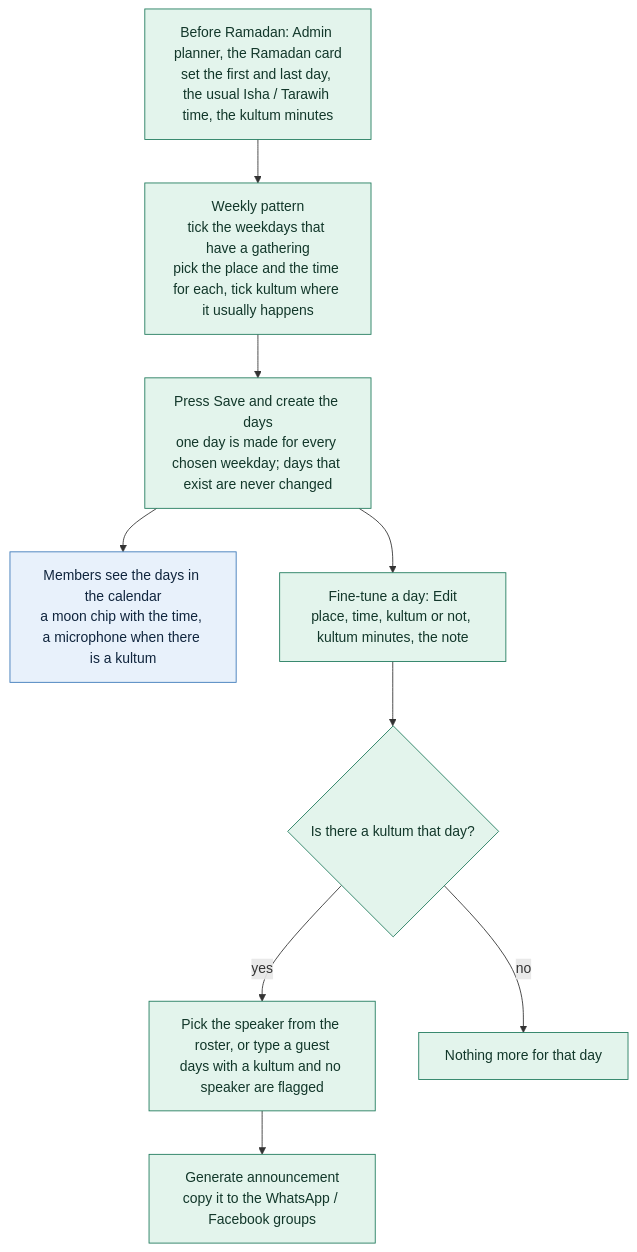
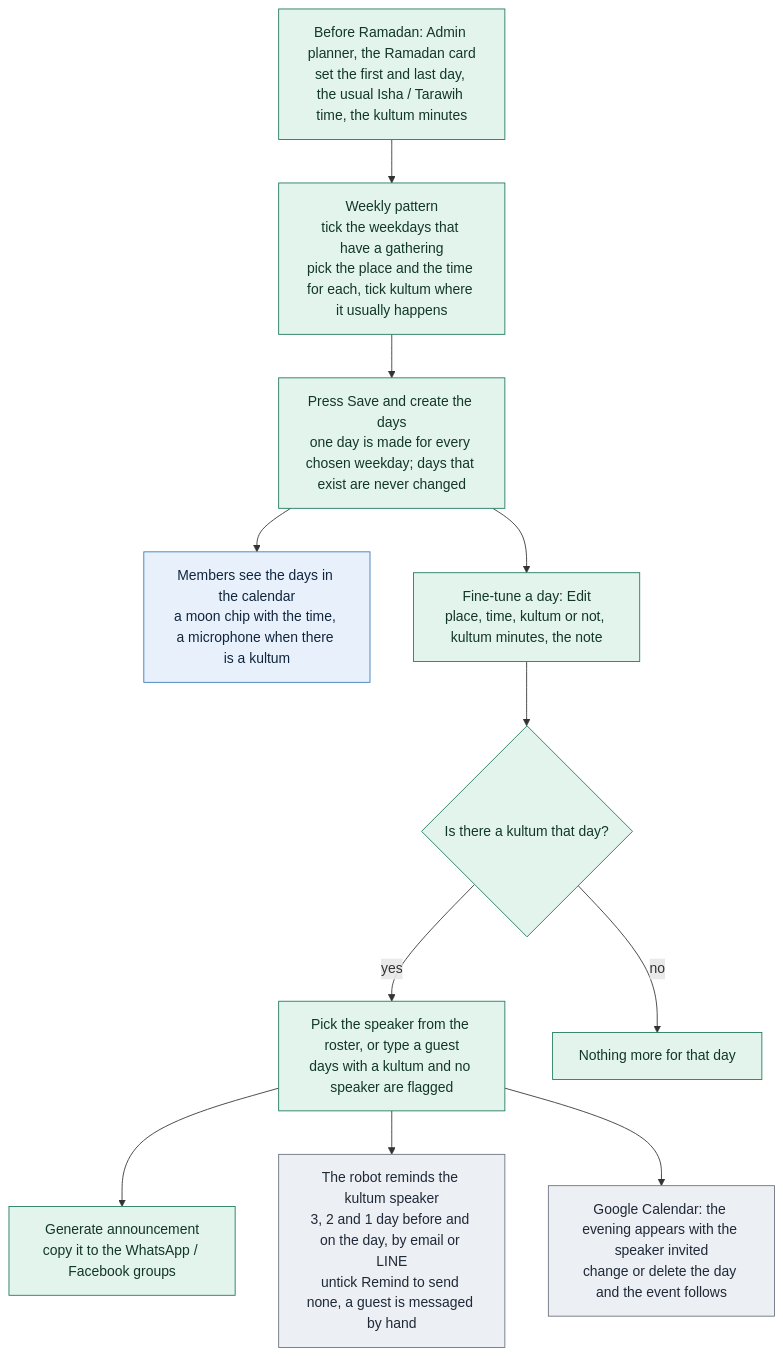
One commit to mushaffarasyidridha/Jumat-Scheduler-NAIST changed the diagram in public/flows/admin-ramadan.mmd. Above: the diagram before and after it, drawn with Mermaid. The commit also changed 14 other files, not shown here.

First line of the commit message:
Ramadan: kultum speaker reminders and Google Calendar events

```diff
--- a/public/flows/admin-ramadan.mmd
+++ b/public/flows/admin-ramadan.mmd
@@ -1,15 +1,18 @@
 flowchart TD
   A["Before Ramadan: Admin planner, the Ramadan card<br/>set the first and last day, the usual Isha / Tarawih time, the kultum minutes"] --> B["Weekly pattern<br/>tick the weekdays that have a gathering<br/>pick the place and the time for each, tick kultum where it usually happens"]
   B --> C["Press Save and create the days<br/>one day is made for every chosen weekday; days that exist are never changed"]
   C --> D["Members see the days in the calendar<br/>a moon chip with the time, a microphone when there is a kultum"]
   C --> E["Fine-tune a day: Edit<br/>place, time, kultum or not, kultum minutes, the note"]
   E --> F{"Is there a kultum that day?"}
   F -->|"yes"| G["Pick the speaker from the roster, or type a guest<br/>days with a kultum and no speaker are flagged"]
   F -->|"no"| H["Nothing more for that day"]
   G --> I["Generate announcement<br/>copy it to the WhatsApp / Facebook groups"]
+  G --> J["The robot reminds the kultum speaker<br/>3, 2 and 1 day before and on the day, by email or LINE<br/>untick Remind to send none, a guest is messaged by hand"]
+  G --> K["Google Calendar: the evening appears with the speaker invited<br/>change or delete the day and the event follows"]
 
   classDef member fill:#e8f1fb,stroke:#3b78b8,color:#10253d
   classDef admin fill:#e3f4ec,stroke:#1f7a5c,color:#12372a
   classDef robot fill:#eceff3,stroke:#6b7280,color:#1f2937
   class A,B,C,E,F,G,H,I admin
+  class J,K robot
   class D member
```
